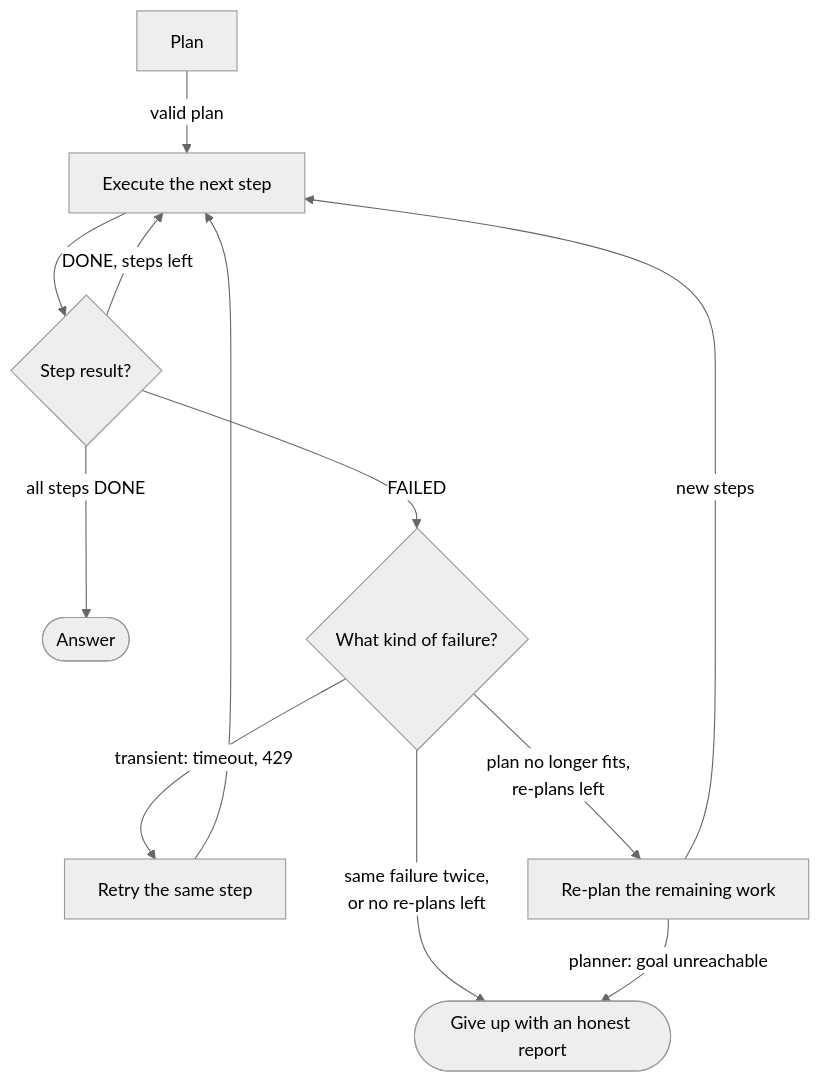
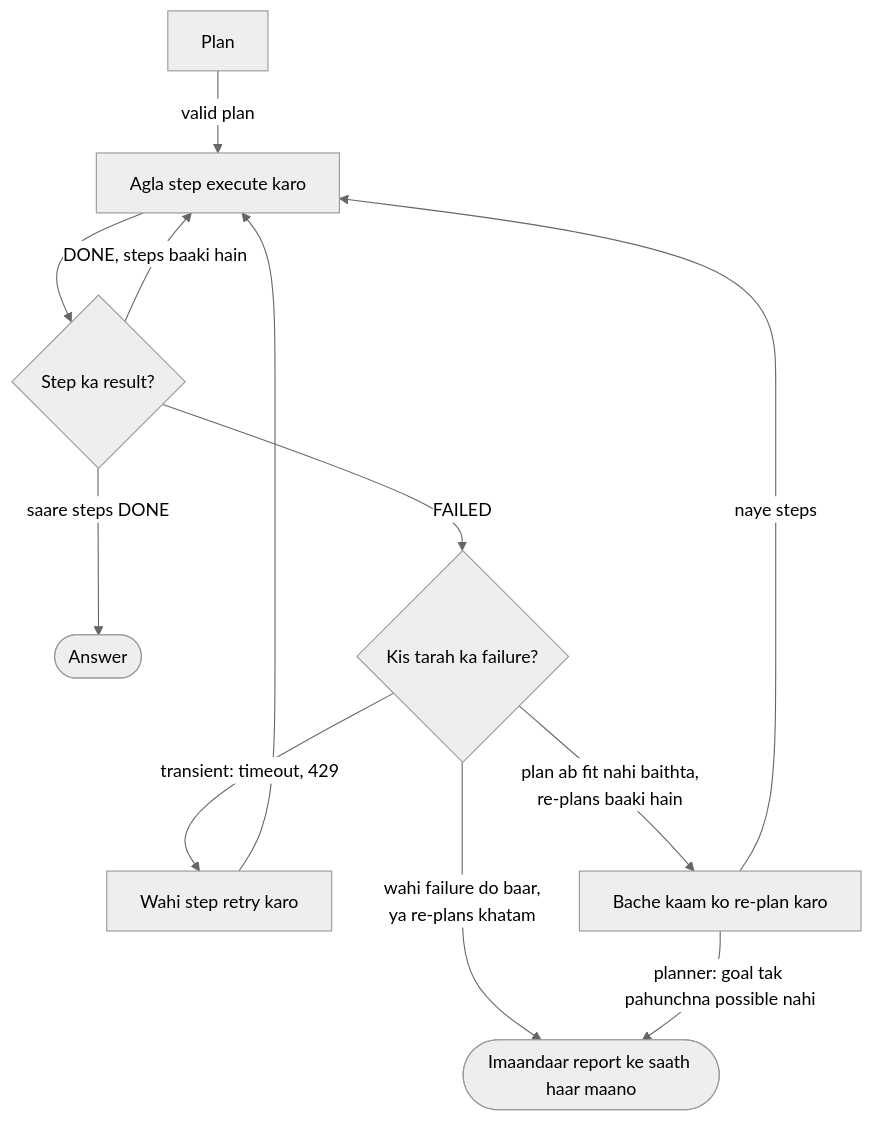
Before and after one commit to asmustechno/agentic-ai-notes: the diagram in docs/07-planning-and-reasoning/07.5-re-planning-when-things-fail.md, drawn with Mermaid (neutral theme). The commit also changed other lines of this file and 135 other files, not shown here.

````diff
--- a/docs/07-planning-and-reasoning/07.5-re-planning-when-things-fail.md
+++ b/docs/07-planning-and-reasoning/07.5-re-planning-when-things-fail.md
@@ -41,14 +41,14 @@
 ```mermaid
 flowchart TB
-    P[Plan] -->|valid plan| E[Execute the next step]
-    E --> C{Step result?}
-    C -->|"DONE, steps left"| E
-    C -->|"all steps DONE"| A([Answer])
-    C -->|FAILED| K{What kind of failure?}
-    K -->|"transient: timeout, 429"| R[Retry the same step]
+    P[Plan] -->|valid plan| E[Agla step execute karo]
+    E --> C{"Step ka result?"}
+    C -->|"DONE, steps baaki hain"| E
+    C -->|"saare steps DONE"| A([Answer])
+    C -->|FAILED| K{"Kis tarah ka failure?"}
+    K -->|"transient: timeout, 429"| R[Wahi step retry karo]
     R --> E
-    K -->|"plan no longer fits,<br/>re-plans left"| RP[Re-plan the remaining work]
-    RP -->|new steps| E
-    K -->|"same failure twice,<br/>or no re-plans left"| G([Give up with an honest report])
-    RP -->|"planner: goal unreachable"| G
+    K -->|"plan ab fit nahi baithta,<br/>re-plans baaki hain"| RP[Bache kaam ko re-plan karo]
+    RP -->|naye steps| E
+    K -->|"wahi failure do baar,<br/>ya re-plans khatam"| G([Imaandaar report ke saath haar maano])
+    RP -->|"planner: goal tak pahunchna possible nahi"| G
 ```
````
